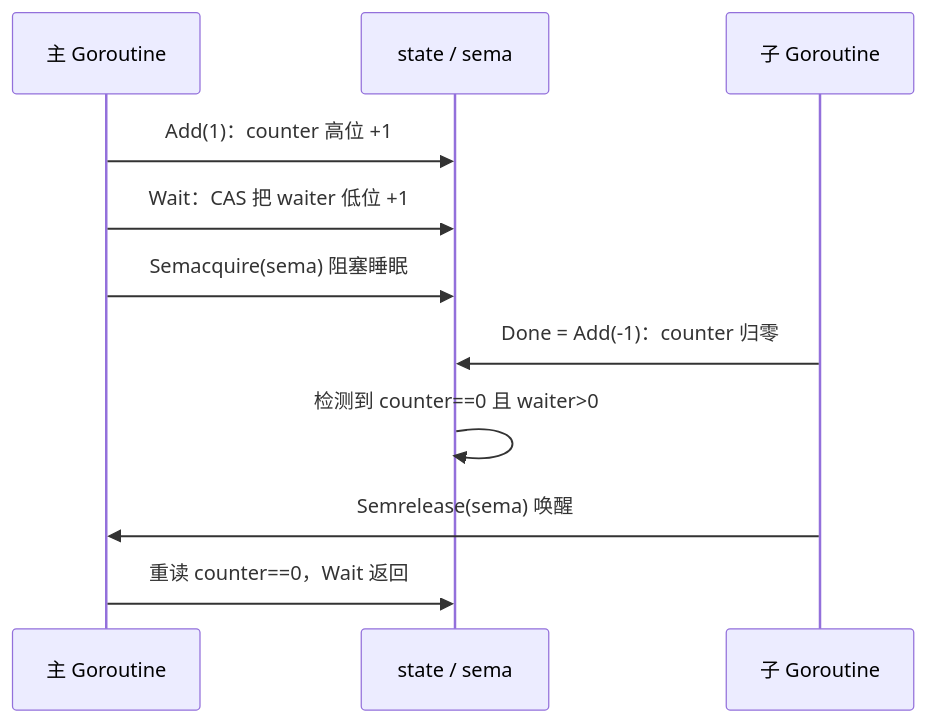
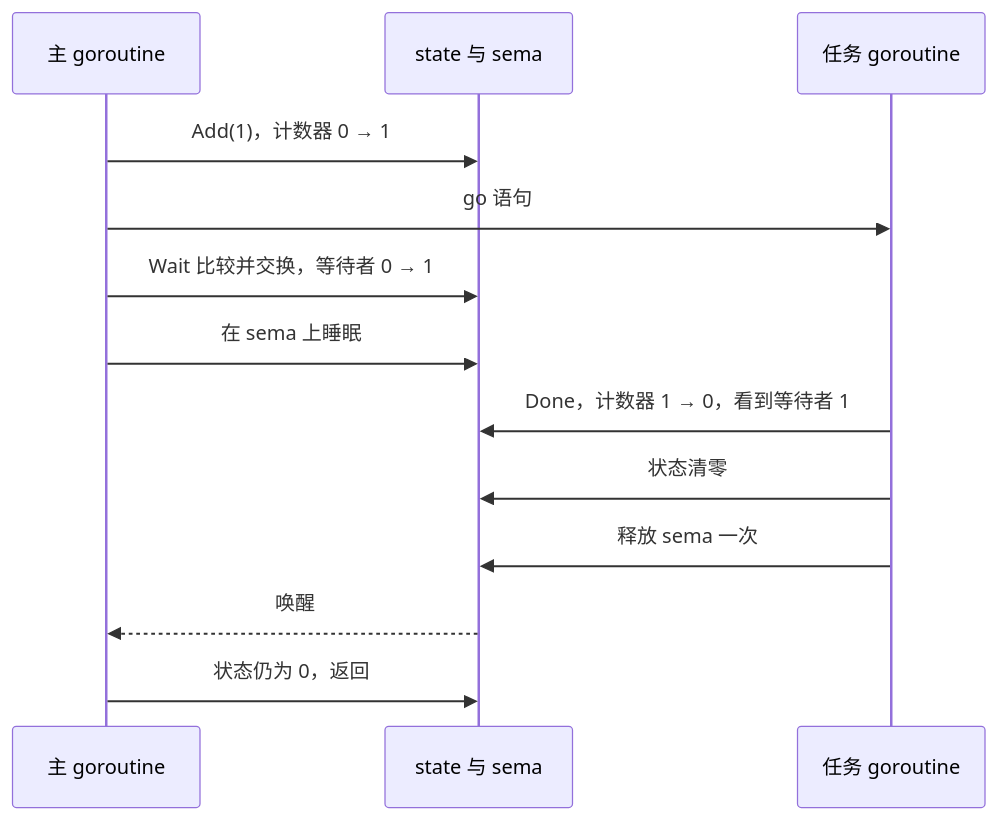
Before and after one commit to golang-design/under-the-hood: the diagram in book/zh-cn/part3concurrency/ch11sync/waitgroup.md, drawn with Mermaid. The commit also changed other lines of this file and 9 other files, not shown here.

````diff
--- a/book/zh-cn/part3concurrency/ch11sync/waitgroup.md
+++ b/book/zh-cn/part3concurrency/ch11sync/waitgroup.md
@@ -141,13 +301,15 @@
 ```mermaid
 sequenceDiagram
-    participant M as 主 Goroutine
-    participant S as state / sema
-    participant G as 子 Goroutine
-    M->>S: Add(1)：counter 高位 +1
-    M->>S: Wait：CAS 把 waiter 低位 +1
-    M->>S: Semacquire(sema) 阻塞睡眠
-    G->>S: Done = Add(-1)：counter 归零
-    S->>S: 检测到 counter==0 且 waiter>0
-    G->>M: Semrelease(sema) 唤醒
-    M->>S: 重读 counter==0，Wait 返回
+    participant M as 主 goroutine
+    participant S as state 与 sema
+    participant G as 任务 goroutine
+    M->>S: Add(1)，计数器 0 → 1
+    M->>G: go 语句
+    M->>S: Wait 比较并交换，等待者 0 → 1
+    M->>S: 在 sema 上睡眠
+    G->>S: Done，计数器 1 → 0，看到等待者 1
+    G->>S: 状态清零
+    G->>S: 释放 sema 一次
+    S-->>M: 唤醒
+    M->>S: 状态仍为 0，返回
 ```
````
